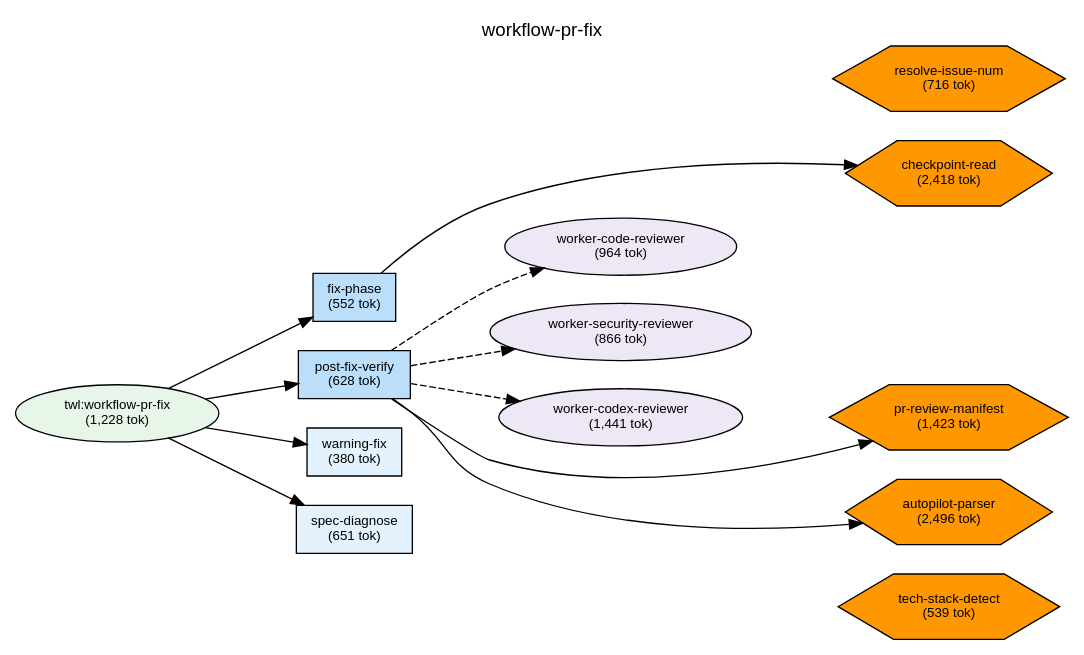
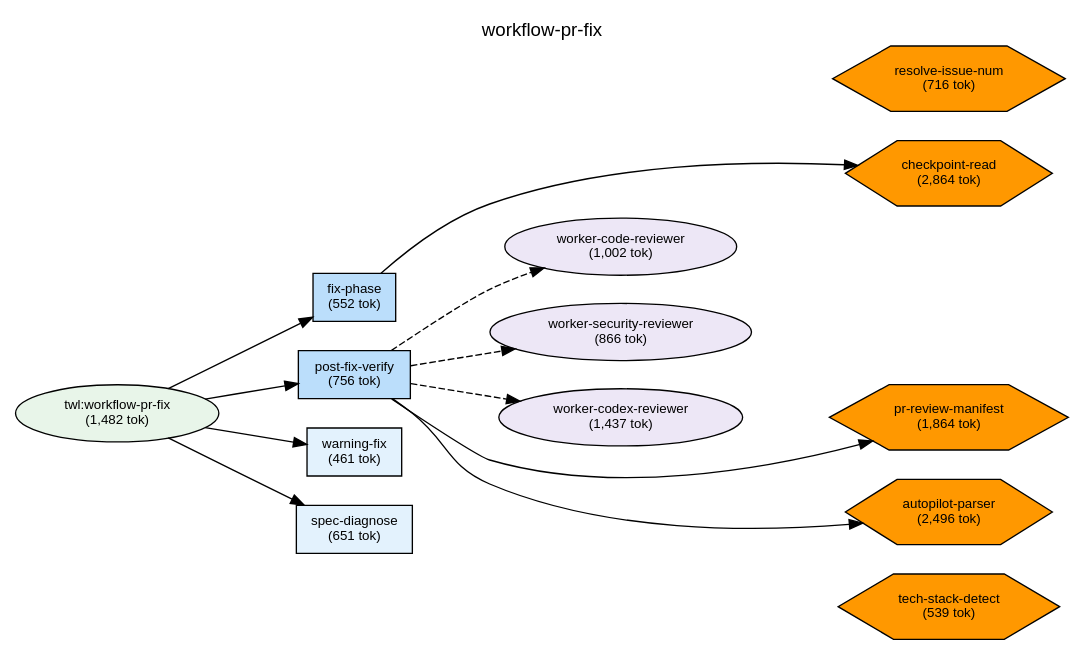
One commit to shuu5/twill changed the diagram in plugins/twl/docs/deps-workflow-pr-fix.dot. Above: the diagram before and after it, drawn with Graphviz. The commit also changed 40 other files, not shown here.

```diff
--- a/plugins/twl/docs/deps-workflow-pr-fix.dot
+++ b/plugins/twl/docs/deps-workflow-pr-fix.dot
@@ -1,75 +1,76 @@
 digraph Dependencies {
     // Graph settings
     rankdir=LR;
     ranksep=0.8;
     nodesep=0.3;
     fontname="Helvetica";
     node [fontname="Helvetica", fontsize=10];
     edge [fontname="Helvetica", fontsize=9];
     label="workflow-pr-fix";
     labelloc=t;
     fontsize=14;
 
     // L0: Controller Skills
 
     // L0: Launchers
 
     // L0.5: Workflow Skills
-    skill_workflow_pr_fix [label="twl:workflow-pr-fix\n(1,228 tok)", shape=ellipse, style=filled, fillcolor="#e8f5e9"];
+    skill_workflow_pr_fix [label="twl:workflow-pr-fix\n(1,482 tok)", shape=ellipse, style=filled, fillcolor="#e8f5e9"];
 
     // Reference Skills
 
     // L1: Direct Commands
-    cmd_post_fix_verify [label="post-fix-verify\n(628 tok)", shape=box, style=filled, fillcolor="#bbdefb"];
-    cmd_warning_fix [label="warning-fix\n(380 tok)", shape=box, style=filled, fillcolor="#e3f2fd"];
+    cmd_post_fix_verify [label="post-fix-verify\n(756 tok)", shape=box, style=filled, fillcolor="#bbdefb"];
+    cmd_warning_fix [label="warning-fix\n(461 tok)", shape=box, style=filled, fillcolor="#e3f2fd"];
     cmd_fix_phase [label="fix-phase\n(552 tok)", shape=box, style=filled, fillcolor="#bbdefb"];
     cmd_spec_diagnose [label="spec-diagnose\n(651 tok)", shape=box, style=filled, fillcolor="#e3f2fd"];
 
     // L2: Sub Commands
 
     // L3: Agents
-    agent_worker_codex_reviewer [label="worker-codex-reviewer\n(1,441 tok)", shape=ellipse, style=filled, fillcolor="#ede7f6"];
-    agent_worker_code_reviewer [label="worker-code-reviewer\n(964 tok)", shape=ellipse, style=filled, fillcolor="#ede7f6"];
+    agent_worker_codex_reviewer [label="worker-codex-reviewer\n(1,437 tok)", shape=ellipse, style=filled, fillcolor="#ede7f6"];
+    agent_worker_code_reviewer [label="worker-code-reviewer\n(1,002 tok)", shape=ellipse, style=filled, fillcolor="#ede7f6"];
     agent_worker_security_reviewer [label="worker-security-reviewer\n(866 tok)", shape=ellipse, style=filled, fillcolor="#ede7f6"];
 
     // L3.5: Scripts
     script_tech_stack_detect [label="tech-stack-detect\n(539 tok)", shape=hexagon, style=filled, fillcolor="#FF9800"];
     script_autopilot_parser [label="autopilot-parser\n(2,496 tok)", shape=hexagon, style=filled, fillcolor="#FF9800"];
     script_resolve_issue_num [label="resolve-issue-num\n(716 tok)", shape=hexagon, style=filled, fillcolor="#FF9800"];
-    script_pr_review_manifest [label="pr-review-manifest\n(1,423 tok)", shape=hexagon, style=filled, fillcolor="#FF9800"];
-    script_checkpoint_read [label="checkpoint-read\n(2,418 tok)", shape=hexagon, style=filled, fillcolor="#FF9800"];
+    script_pr_review_manifest [label="pr-review-manifest\n(1,864 tok)", shape=hexagon, style=filled, fillcolor="#FF9800"];
+    script_checkpoint_read [label="checkpoint-read\n(2,864 tok)", shape=hexagon, style=filled, fillcolor="#FF9800"];
 
     // L4: External
 
     // Layer constraints
     { rank=same; skill_workflow_pr_fix; }
     { rank=same; cmd_post_fix_verify; cmd_warning_fix; cmd_fix_phase; cmd_spec_diagnose; }
     { rank=same; agent_worker_codex_reviewer; agent_worker_code_reviewer; agent_worker_security_reviewer; }
     { rank=same; script_tech_stack_detect; script_autopilot_parser; script_resolve_issue_num; script_pr_review_manifest; script_checkpoint_read; }
 
     // Edges
     skill_workflow_pr_fix -> cmd_fix_phase;
     skill_workflow_pr_fix -> cmd_post_fix_verify;
     skill_workflow_pr_fix -> cmd_warning_fix;
     skill_workflow_pr_fix -> cmd_spec_diagnose;
     cmd_post_fix_verify -> agent_worker_code_reviewer [style=dashed];
     cmd_post_fix_verify -> agent_worker_security_reviewer [style=dashed];
     cmd_post_fix_verify -> agent_worker_codex_reviewer [style=dashed];
     cmd_post_fix_verify -> script_pr_review_manifest;
     cmd_post_fix_verify -> script_autopilot_parser;
     cmd_fix_phase -> script_checkpoint_read;
 
     // Ordering constraints (invisible edges)
     cmd_fix_phase -> cmd_post_fix_verify [style=invis, weight=10];
     cmd_post_fix_verify -> cmd_warning_fix [style=invis, weight=10];
     cmd_warning_fix -> cmd_spec_diagnose [style=invis, weight=10];
     agent_worker_code_reviewer -> agent_worker_security_reviewer [style=invis, weight=10];
     agent_worker_security_reviewer -> agent_worker_codex_reviewer [style=invis, weight=10];
     agent_worker_codex_reviewer -> script_pr_review_manifest [style=invis, weight=10];
     script_pr_review_manifest -> script_autopilot_parser [style=invis, weight=10];
     script_autopilot_parser -> script_tech_stack_detect [style=invis, weight=10];
     agent_worker_code_reviewer -> agent_worker_security_reviewer [style=invis, weight=10];
+    script_pr_review_manifest -> script_autopilot_parser [style=invis, weight=10];
     script_autopilot_parser -> script_tech_stack_detect [style=invis, weight=10];
     agent_worker_code_reviewer -> agent_worker_security_reviewer [style=invis, weight=10];
 
 }
```
